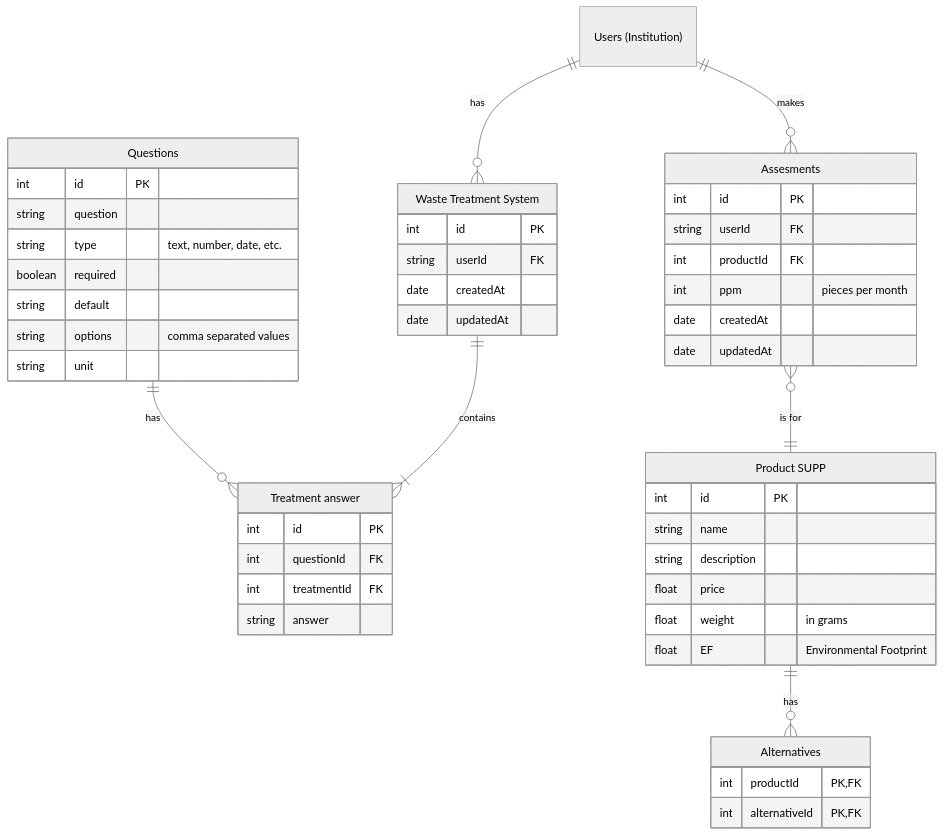
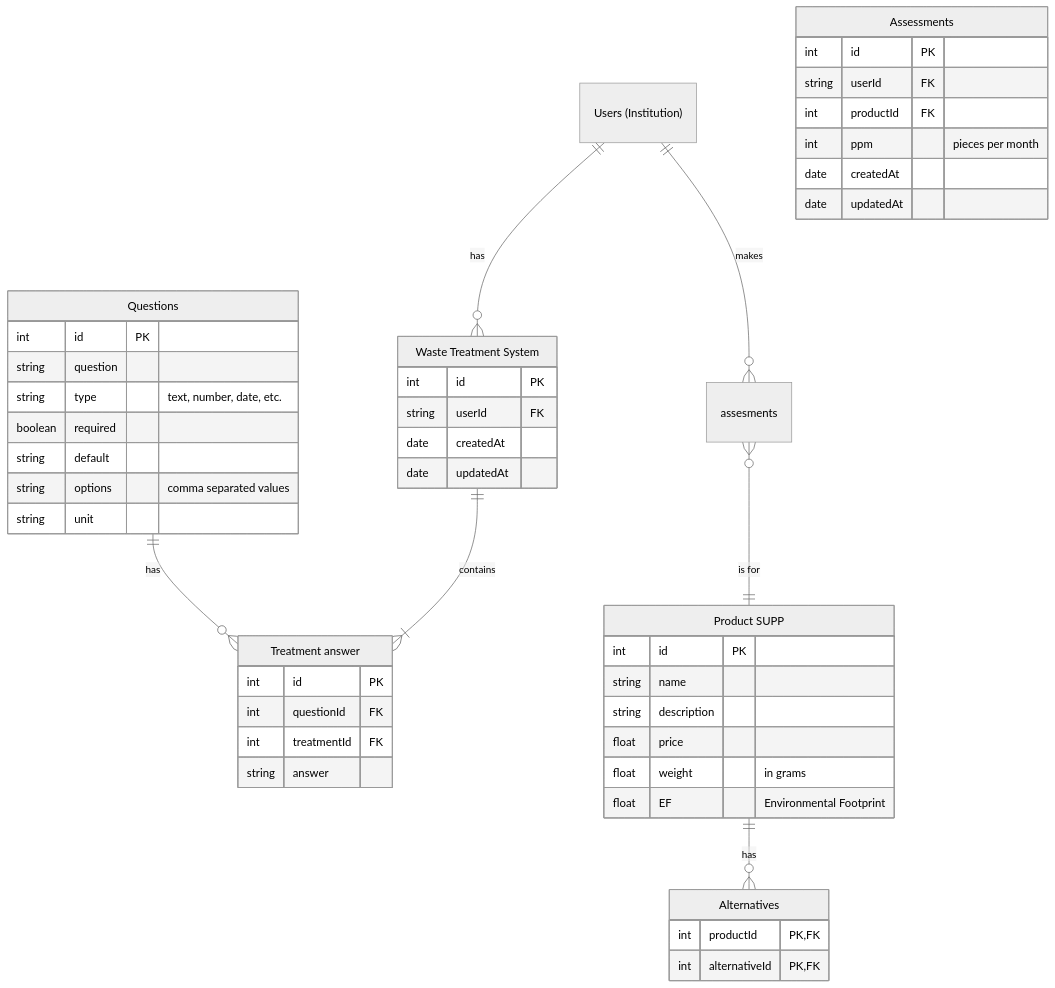
The diagram in backend/README.md (SimonStnn/BEMED), drawn with Mermaid (neutral theme) before and after one commit. The commit also changed 2 other files, not shown here.

Commit message:
Remove duplicate cors middleware and fix assessments type

````diff
--- a/backend/README.md
+++ b/backend/README.md
@@ -5,59 +5,59 @@
 ```mermaid
 erDiagram
 users["Users (Institution)"] {}
 
 treatments["Waste Treatment System"] {
     int id PK
     string userId FK
     date createdAt
     date updatedAt
 }
 
 questions["Questions"] {
     int id PK
     string question
     string type "text, number, date, etc."
     boolean required
     string default
     string options "comma separated values"
     string unit
 }
 
 answer["Treatment answer"] {
     int id PK
     int questionId FK
     int treatmentId FK
     string answer
 }
 
 products["Product SUPP"] {
     int id PK
     string name
     string description
     float price 
     float weight "in grams"
     float EF "Environmental Footprint"
 }
 
 alternatives["Alternatives"] {
     int productId PK, FK
     int alternativeId PK, FK
 }
 
-assesments["Assesments"] {
+assessments["Assessments"] {
     int id PK
     string userId FK
     int productId FK
     int ppm "pieces per month"
     date createdAt
     date updatedAt
 }
 
 questions ||--o{ answer : "has"
 treatments ||-- |{ answer : "contains"
 users ||--o{ treatments : "has"
 users ||--o{ assesments : "makes"
 products ||--o{ alternatives : "has"
 assesments }o--|| products : "is for"
 
 ```
````
